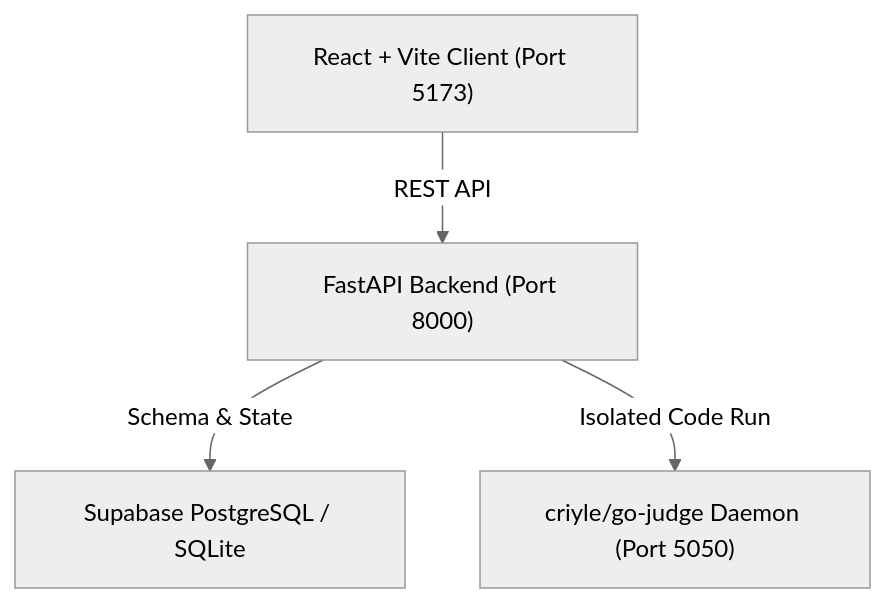
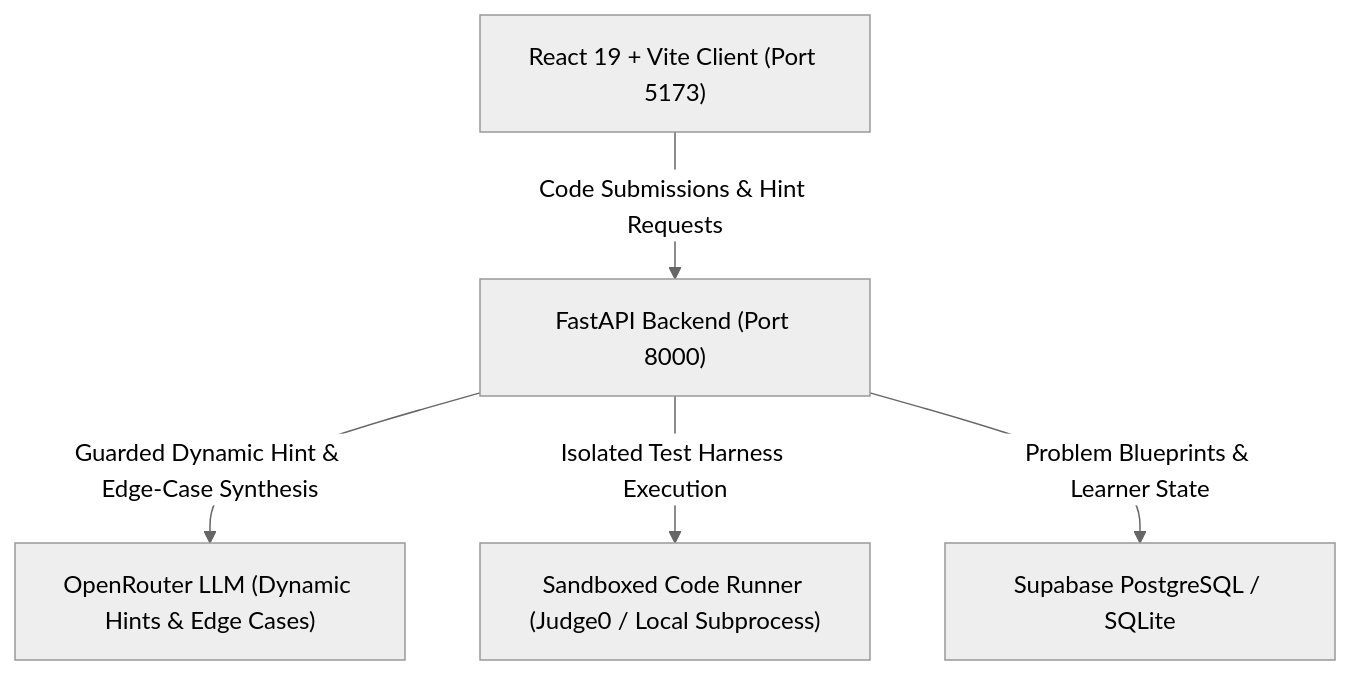
One commit to Pravinrathod3/CursedCode changed the diagram in README.md. Above: the diagram before and after it, drawn with Mermaid (neutral theme). The commit also changed other lines of this file and 2 other files, not shown here.

Commit message:
Update README and startup scripts with CursedCode name, dynamic hints, and sheet importer

````diff
--- a/README.md
+++ b/README.md
@@ -31,11 +9,13 @@
 ```mermaid
 flowchart TD
-    Client["React + Vite Client (Port 5173)"]
+    Client["React 19 + Vite Client (Port 5173)"]
     API["FastAPI Backend (Port 8000)"]
+    OpenRouter["OpenRouter LLM (Dynamic Hints & Edge Cases)"]
+    Runner["Sandboxed Code Runner (Judge0 / Local Subprocess)"]
     DB["Supabase PostgreSQL / SQLite"]
-    Sandbox["criyle/go-judge Daemon (Port 5050)"]
 
-    Client -->|REST API| API
-    API -->|Schema & State| DB
-    API -->|Isolated Code Run| Sandbox
+    Client -->|Code Submissions & Hint Requests| API
+    API -->|Guarded Dynamic Hint & Edge-Case Synthesis| OpenRouter
+    API -->|Isolated Test Harness Execution| Runner
+    API -->|Problem Blueprints & Learner State| DB
 ```
````
